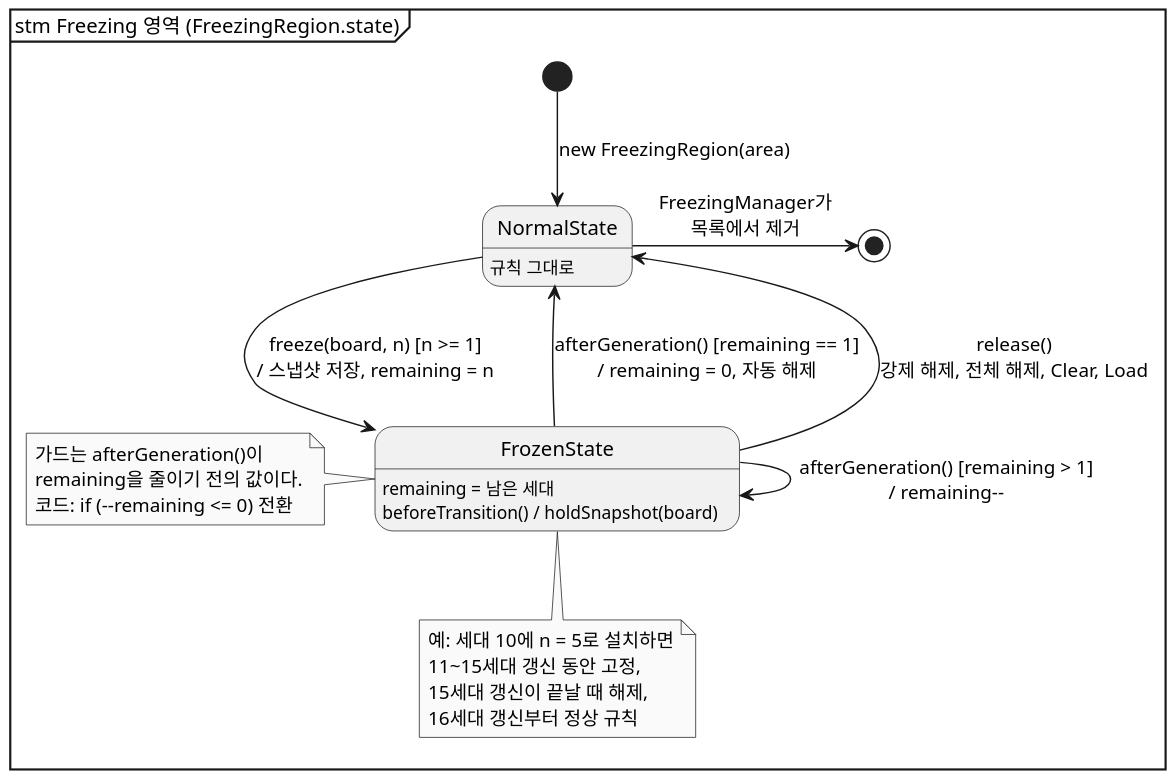
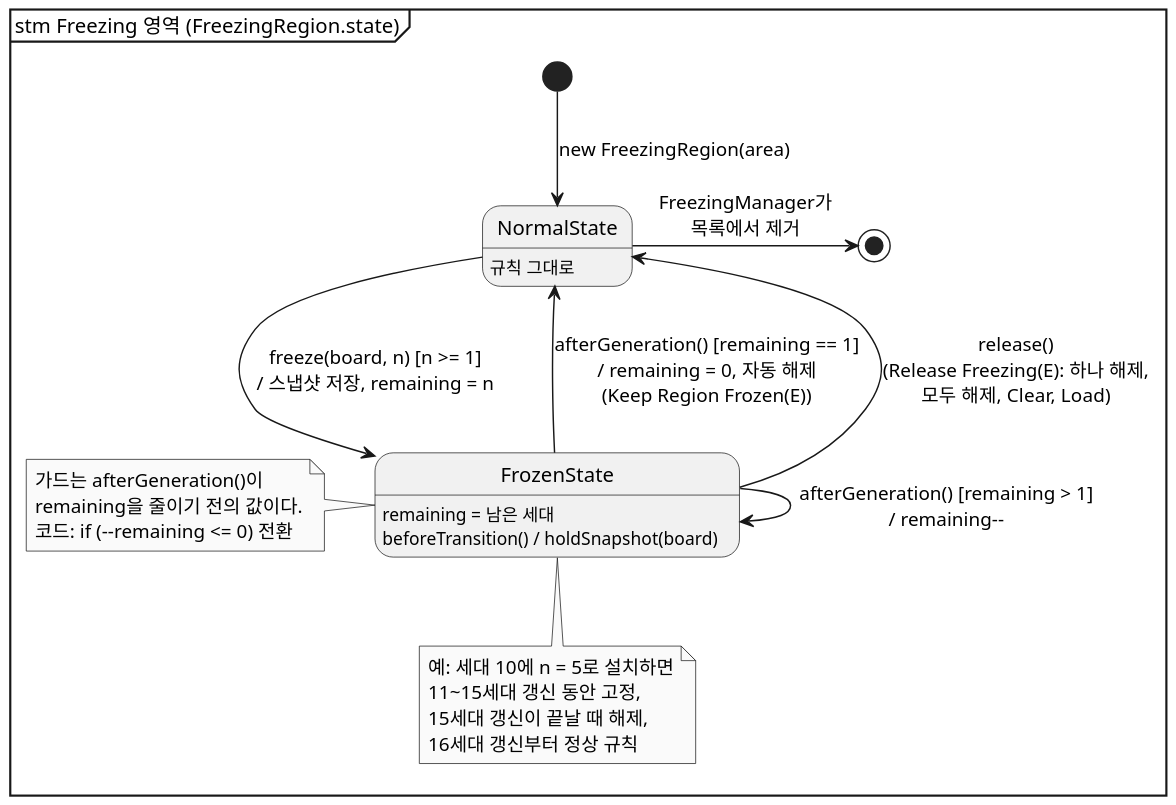
The diagram in docs/freezing/diagram/state-region.puml (mckimR1972/DP_team_project), drawn with PlantUML before and after one commit. The commit also changed 28 other files, not shown here.

First line of the commit message:
docs: Freezing 유스케이스를 전체 유스케이스 다이어그램에 맞춤

```diff
--- a/docs/freezing/diagram/state-region.puml
+++ b/docs/freezing/diagram/state-region.puml
@@ -1,36 +1,36 @@
 @startuml state-region
 skinparam monochrome true
 skinparam dpi 150
 skinparam shadowing false
 skinparam defaultFontName "Malgun Gothic"
 hide empty description
 mainframe stm Freezing 영역 (FreezingRegion.state)
 
 state NormalState
 state NormalState : 규칙 그대로
 
 state FrozenState
 state FrozenState : remaining = 남은 세대
 state FrozenState : beforeTransition() / holdSnapshot(board)
 
 [*] --> NormalState : new FreezingRegion(area)
 
 NormalState -down-> FrozenState : freeze(board, n) [n >= 1]\n/ 스냅샷 저장, remaining = n
 FrozenState --> FrozenState : afterGeneration() [remaining > 1]\n/ remaining--
-FrozenState -up-> NormalState : afterGeneration() [remaining == 1]\n/ remaining = 0, 자동 해제
-FrozenState -up-> NormalState : release()\n강제 해제, 전체 해제, Clear, Load
+FrozenState -up-> NormalState : afterGeneration() [remaining == 1]\n/ remaining = 0, 자동 해제\n(Keep Region Frozen(E))
+FrozenState -up-> NormalState : release()\n(Release Freezing(E): 하나 해제,\n모두 해제, Clear, Load)
 NormalState -right-> [*] : FreezingManager가\n목록에서 제거
 
 note left of FrozenState
   가드는 afterGeneration()이
   remaining을 줄이기 전의 값이다.
   코드: if (--remaining <= 0) 전환
 end note
 
 note bottom of FrozenState
   예: 세대 10에 n = 5로 설치하면
   11~15세대 갱신 동안 고정,
   15세대 갱신이 끝날 때 해제,
   16세대 갱신부터 정상 규칙
 end note
 @enduml
```
